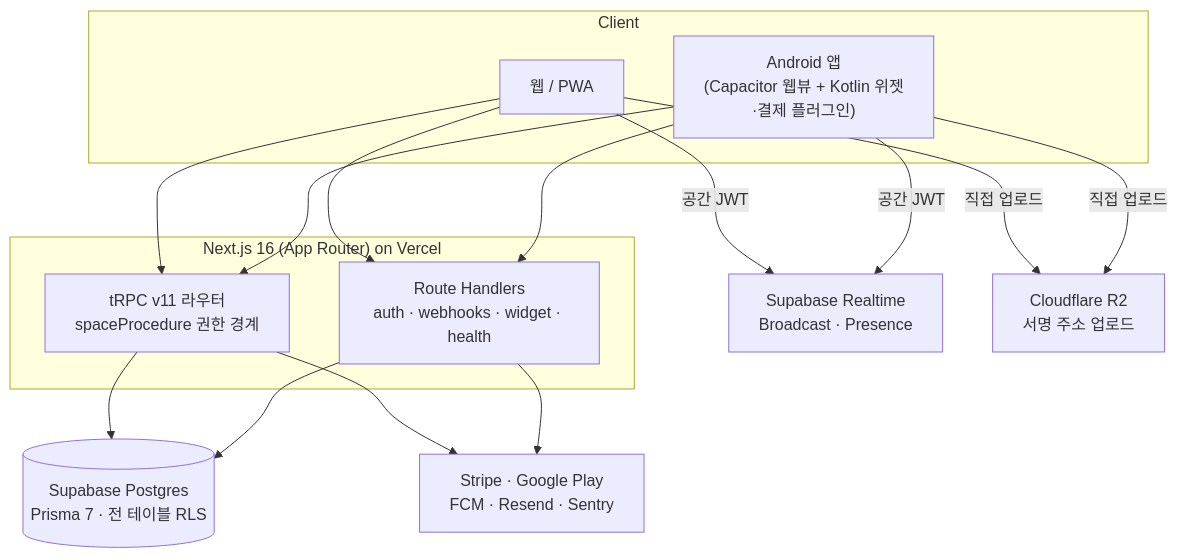
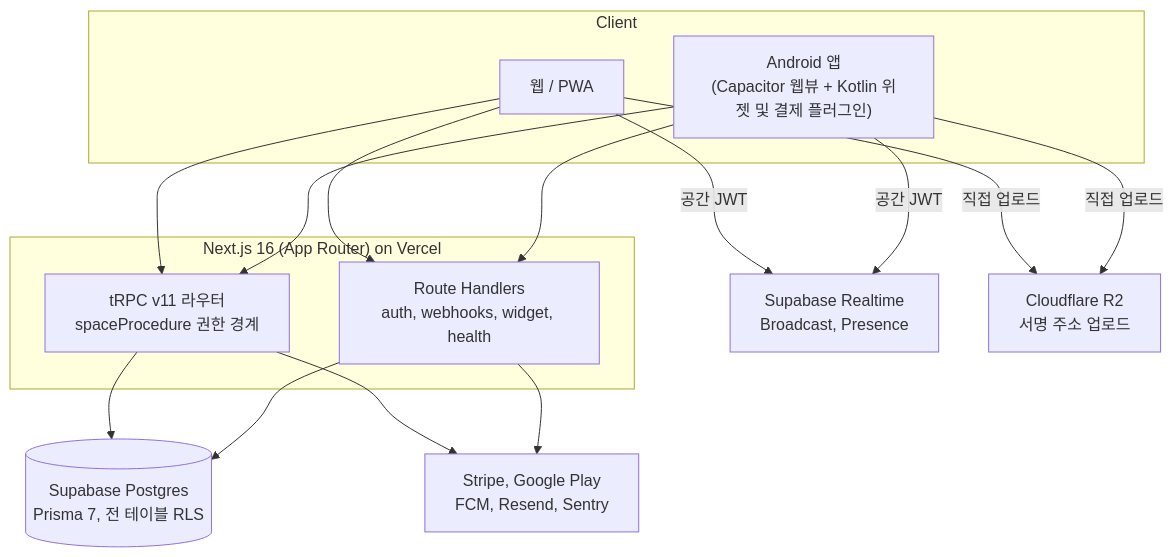
Before and after one commit to seungwoo7050/hamkke: the second of 2 diagrams in README.md, drawn with Mermaid. The commit also changed other lines of this file, not shown here.

````diff
--- a/README.md
+++ b/README.md
@@ -113,21 +104,21 @@
 ```mermaid
 flowchart TB
   subgraph Client
     W["웹 / PWA"]
-    A["Android 앱<br/>(Capacitor 웹뷰 + Kotlin 위젯·결제 플러그인)"]
+    A["Android 앱<br/>(Capacitor 웹뷰 + Kotlin 위젯 및 결제 플러그인)"]
   end
   subgraph Vercel["Next.js 16 (App Router) on Vercel"]
     T["tRPC v11 라우터<br/>spaceProcedure 권한 경계"]
-    API["Route Handlers<br/>auth · webhooks · widget · health"]
+    API["Route Handlers<br/>auth, webhooks, widget, health"]
   end
-  DB[("Supabase Postgres<br/>Prisma 7 · 전 테이블 RLS")]
-  RT["Supabase Realtime<br/>Broadcast · Presence"]
+  DB[("Supabase Postgres<br/>Prisma 7, 전 테이블 RLS")]
+  RT["Supabase Realtime<br/>Broadcast, Presence"]
   R2["Cloudflare R2<br/>서명 주소 업로드"]
-  EXT["Stripe · Google Play<br/>FCM · Resend · Sentry"]
+  EXT["Stripe, Google Play<br/>FCM, Resend, Sentry"]
 
   W & A --> T & API
   W & A -- "공간 JWT" --> RT
   W & A -- "직접 업로드" --> R2
   T & API --> DB
   T & API --> EXT
 ```
````
